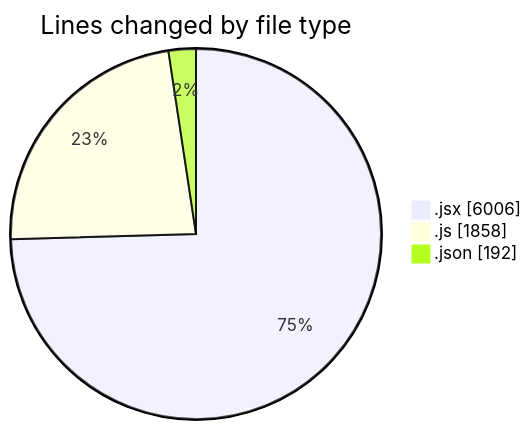
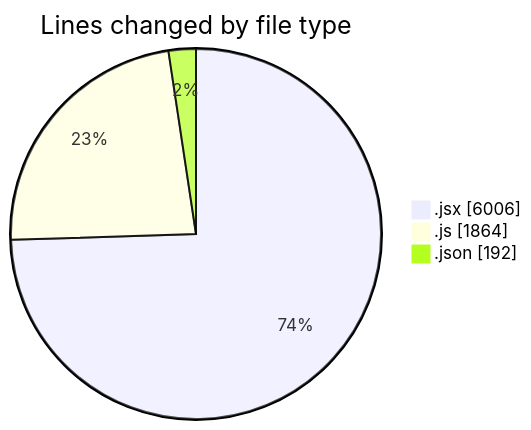
The first of 2 diagrams in 2025-08-06/nxtqube_webapp/README.md (nxtqubesakshisongat/code-tracking), drawn with Mermaid before and after one commit. The commit also changed other lines of this file and 1 other file, not shown here.

````diff
--- a/2025-08-06/nxtqube_webapp/README.md
+++ b/2025-08-06/nxtqube_webapp/README.md
@@ -31,7 +31,7 @@
 ```mermaid
 pie showData
 title Lines changed by file type
 ".jsx" : 6006
-".js" : 1858
+".js" : 1864
 ".json" : 192
 ```
````
